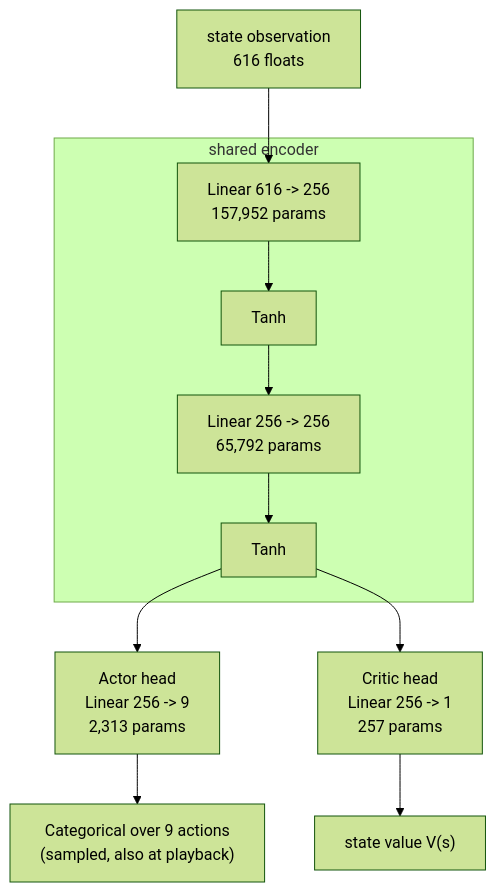
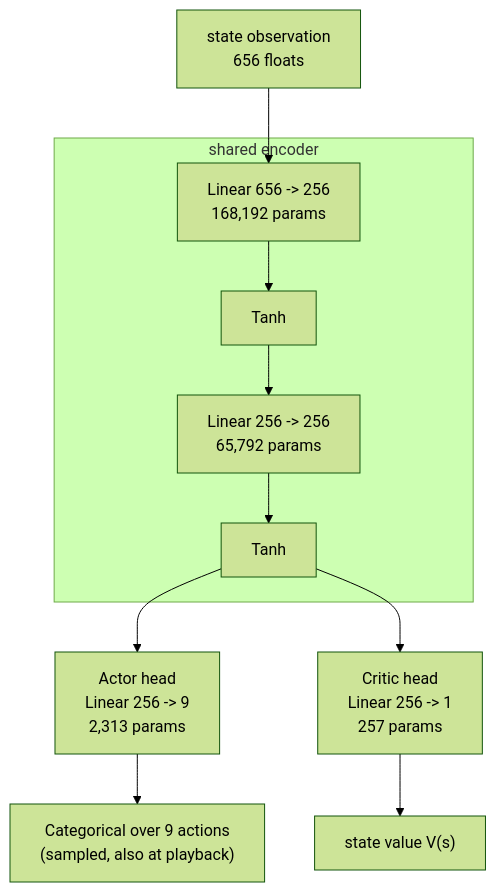
Before and after one commit to ScottRLamkin/BubbleBobbleRL: the first of 3 diagrams in docs/model-architecture.md, drawn with Mermaid (forest theme). The commit also changed other lines of this file and 3 other files, not shown here.

````diff
--- a/docs/model-architecture.md
+++ b/docs/model-architecture.md
@@ -9,16 +9,16 @@
 ```mermaid
 flowchart TB
-    In["state observation<br/>616 floats"]
+    In["state observation<br/>656 floats"]
     subgraph Encoder["shared encoder"]
-        L1["Linear 616 -> 256<br/>157,952 params"]
+        L1["Linear 656 -> 256<br/>168,192 params"]
         T1["Tanh"]
         L2["Linear 256 -> 256<br/>65,792 params"]
         T2["Tanh"]
         L1 --> T1 --> L2 --> T2
     end
     In --> L1
     T2 --> Actor["Actor head<br/>Linear 256 -> 9<br/>2,313 params"]
     T2 --> Critic["Critic head<br/>Linear 256 -> 1<br/>257 params"]
     Actor --> Dist["Categorical over 9 actions<br/>(sampled, also at playback)"]
     Critic --> V["state value V(s)"]
 ```
````
